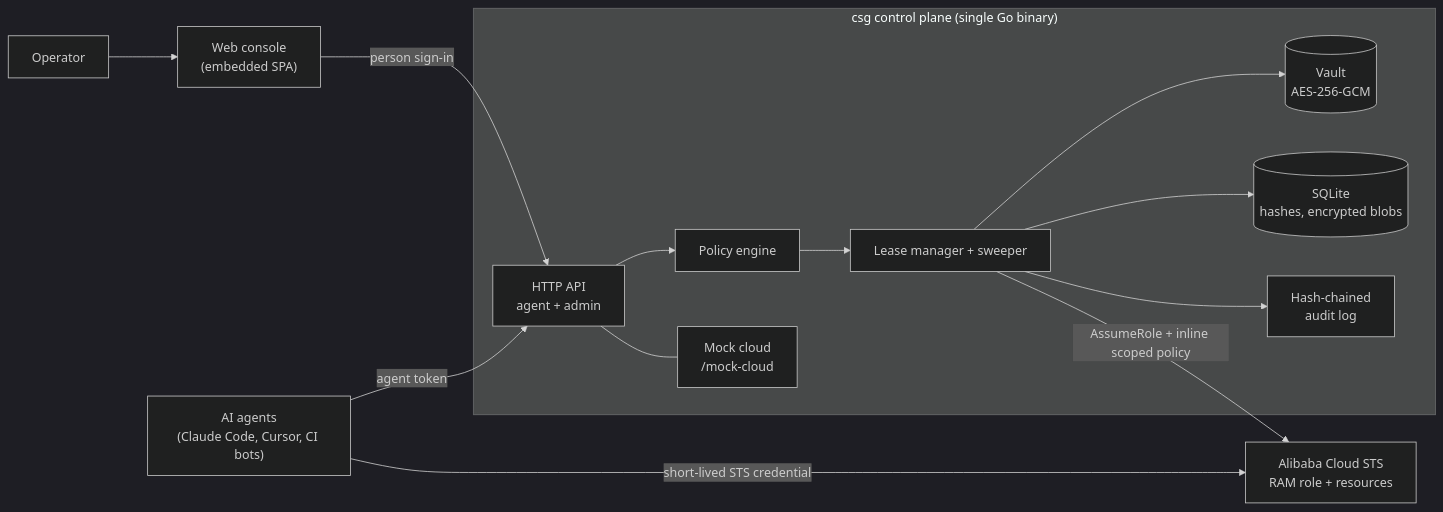
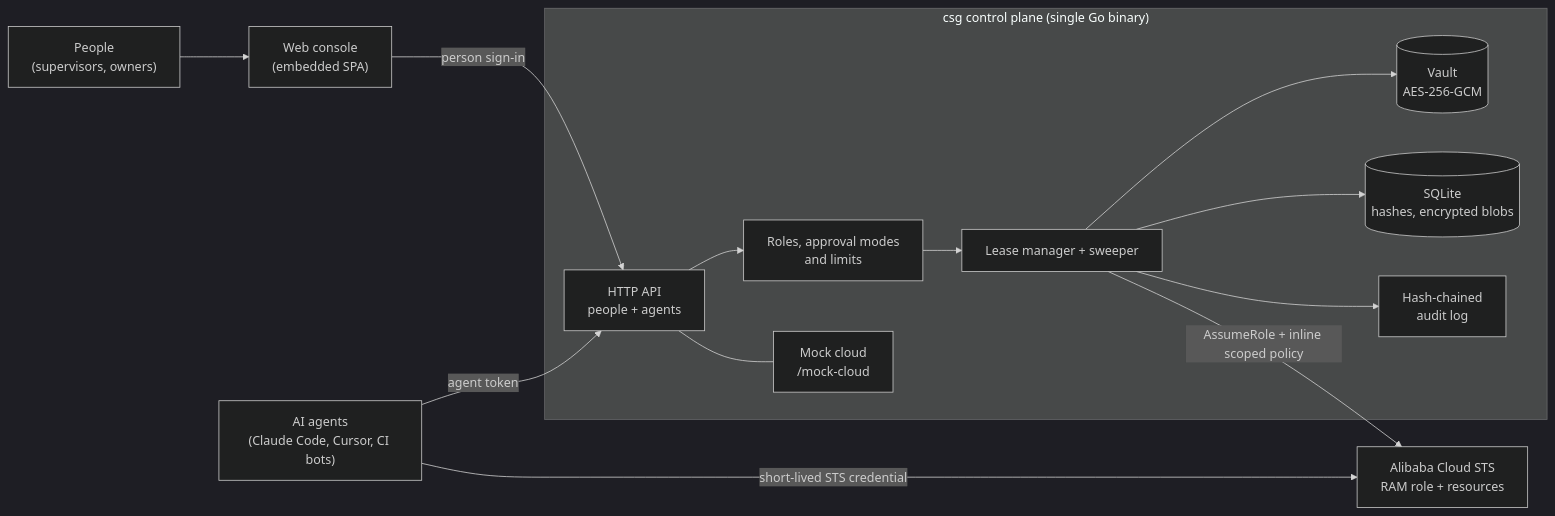
The diagram in README.md (ArveyKao/cloud-safeguard-), drawn with Mermaid (dark theme) before and after one commit. The commit also changed other lines of this file and 73 other files, not shown here.

First line of the commit message:
feat: remove the admin token and the old agent model

````diff
--- a/README.md
+++ b/README.md
@@ -60,27 +75,27 @@
 ```mermaid
 flowchart LR
-    OPERATOR["Operator"]
+    OPERATOR["People<br/>(supervisors, owners)"]
     CONSOLE["Web console<br/>(embedded SPA)"]
     AGENT["AI agents<br/>(Claude Code, Cursor, CI bots)"]
     subgraph CSG["csg control plane (single Go binary)"]
-        API["HTTP API<br/>agent + admin"]
-        POLICY["Policy engine"]
+        API["HTTP API<br/>people + agents"]
+        POLICY["Roles, approval modes<br/>and limits"]
         LEASE["Lease manager + sweeper"]
         VAULT[("Vault<br/>AES-256-GCM")]
         DB[("SQLite<br/>hashes, encrypted blobs")]
         AUDIT["Hash-chained<br/>audit log"]
         MOCK["Mock cloud<br/>/mock-cloud"]
     end
     CLOUD["Alibaba Cloud STS<br/>RAM role + resources"]
     OPERATOR --> CONSOLE
     CONSOLE -->|person sign-in| API
     AGENT -->|agent token| API
     API --> POLICY
     POLICY --> LEASE
     LEASE --> VAULT
     LEASE --> DB
     LEASE --> AUDIT
     LEASE -->|AssumeRole + inline scoped policy| CLOUD
     AGENT -->|short-lived STS credential| CLOUD
     API --- MOCK
 ```
````
